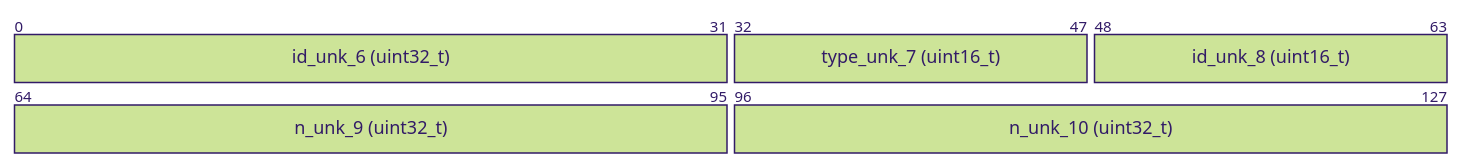
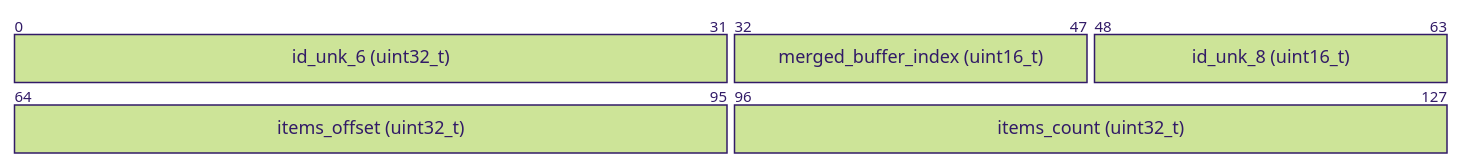
One commit to wows-tools/wows-geometry changed the second of 4 diagrams in FORMAT.md. Above: the diagram before and after it, drawn with Mermaid. The commit also changed other lines of this file and 6 other files, not shown here.

````diff
--- a/FORMAT.md
+++ b/FORMAT.md
@@ -45,9 +63,9 @@
 ```mermaid
 %%{init: { 'theme': 'forest', 'config': {'bitsPerRow': 64, 'bitWidth': 15}}}%%
 packet-beta
 0-31: "id_unk_6 (uint32_t)"
-32-47: "type_unk_7 (uint16_t)"
+32-47: "merged_buffer_index (uint16_t)"
 48-63: "id_unk_8 (uint16_t)"
-64-95: "n_unk_9 (uint32_t)"
-96-127: "n_unk_10 (uint32_t)"
+64-95: "items_offset (uint32_t)"
+96-127: "items_count (uint32_t)"
 ```
````
